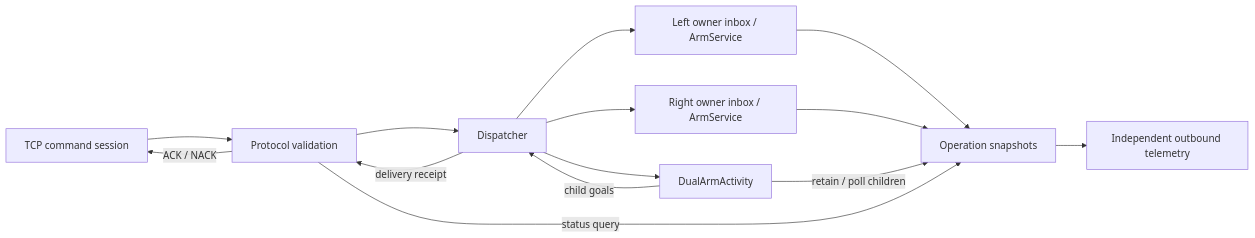
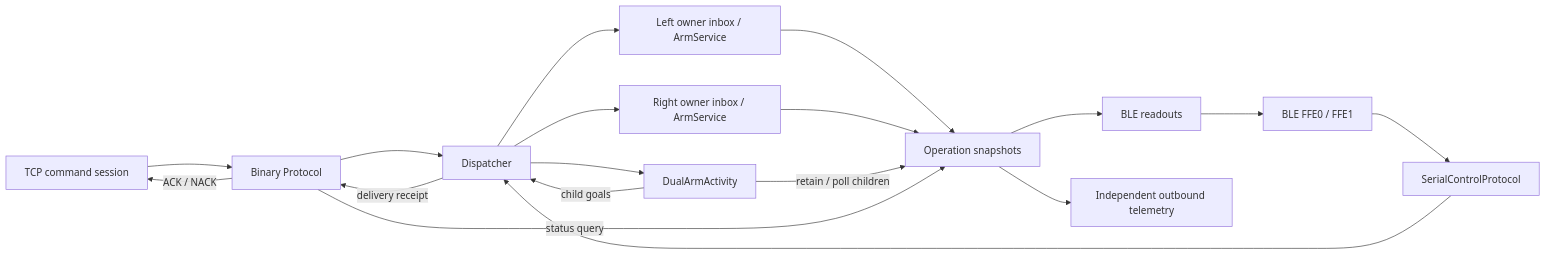
One commit to ilyxas/litu_raven changed the diagram in ESP/raven/docs/rnd-runtime.md. Above: the diagram before and after it, drawn with Mermaid. The commit also changed other lines of this file and 82 other files, not shown here.

Commit message:
Organize runtime components and add BLE serial controls

````diff
--- a/ESP/raven/docs/rnd-runtime.md
+++ b/ESP/raven/docs/rnd-runtime.md
@@ -7,16 +7,20 @@
 ```mermaid
 flowchart LR
-  TCP[TCP command session] --> Protocol[Protocol validation]
+  TCP[TCP command session] --> Protocol[Binary Protocol]
+  BLE[BLE FFE0 / FFE1] --> Text[SerialControlProtocol]
+  Text --> Dispatcher
+  State --> UI[BLE readouts]
+  UI --> BLE
   Protocol --> Dispatcher
   Dispatcher -->|delivery receipt| Protocol
   Protocol -->|ACK / NACK| TCP
   Dispatcher --> Left[Left owner inbox / ArmService]
   Dispatcher --> Right[Right owner inbox / ArmService]
   Dispatcher --> Activity[DualArmActivity]
   Activity -->|child goals| Dispatcher
   Left --> State[Operation snapshots]
   Right --> State
   Activity -->|retain / poll children| State
   State --> Telemetry[Independent outbound telemetry]
   Protocol -->|status query| State
 ```
````
